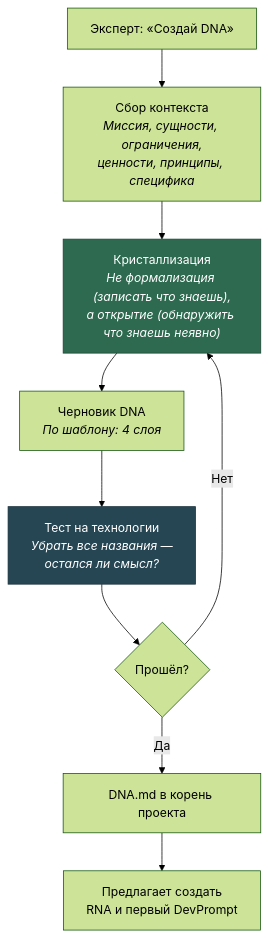
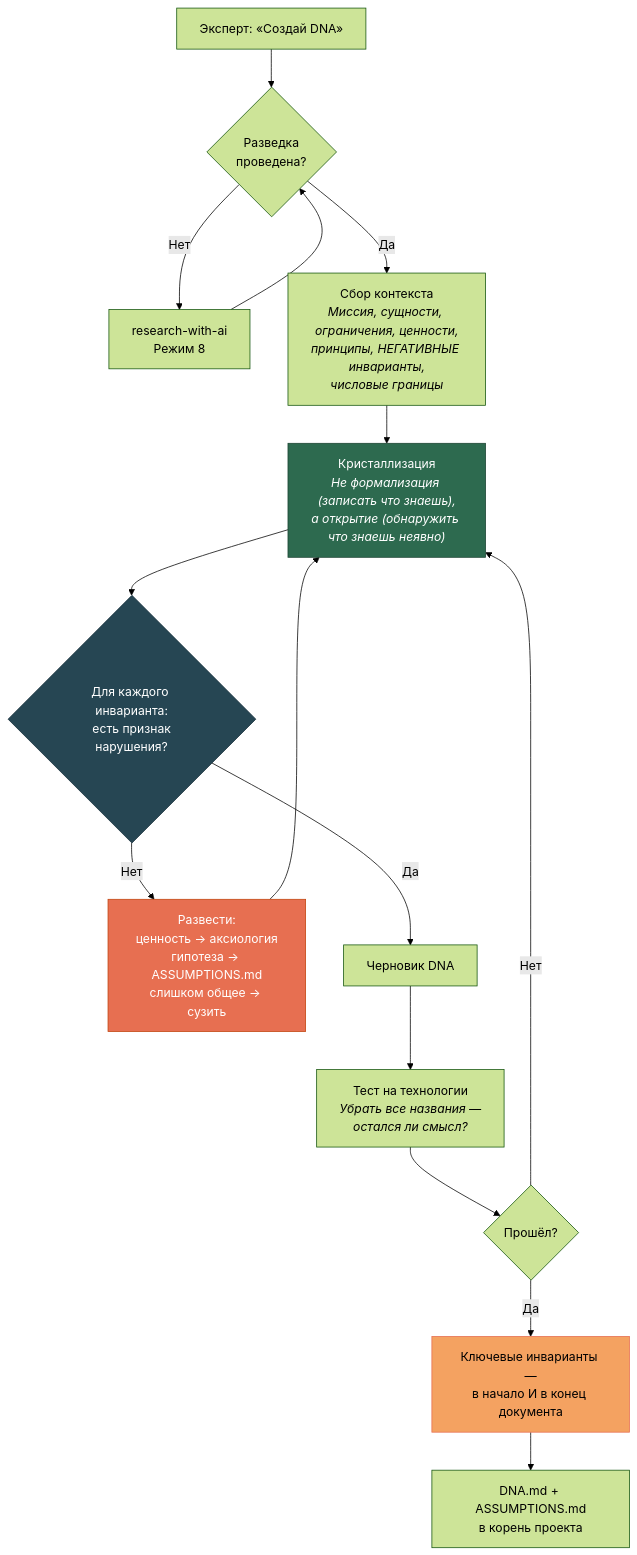
The second of 8 diagrams in docs/modes-ru.md (SizovOleg/project-dna), drawn with Mermaid (forest theme) before and after one commit. The commit also changed other lines of this file and 9 other files, not shown here.

````diff
--- a/docs/modes-ru.md
+++ b/docs/modes-ru.md
@@ -42,21 +66,29 @@
 ```mermaid
 flowchart TD
     START["Эксперт: «Создай DNA»"]
-    
-    START --> GATHER["Сбор контекста<br/><i>Миссия, сущности, ограничения,<br/>ценности, принципы, специфика</i>"]
-    
+
+    START --> GATE{"Разведка<br/>проведена?"}
+    GATE -->|"Нет"| SCOUT["research-with-ai<br/>Режим 8"]
+    SCOUT --> GATE
+    GATE -->|"Да"| GATHER["Сбор контекста<br/><i>Миссия, сущности, ограничения, ценности,<br/>принципы, НЕГАТИВНЫЕ инварианты,<br/>числовые границы</i>"]
+
     GATHER --> CRYSTAL["Кристаллизация<br/><i>Не формализация (записать что знаешь),<br/>а открытие (обнаружить что знаешь неявно)</i>"]
-    
-    CRYSTAL --> DRAFT["Черновик DNA<br/><i>По шаблону: 4 слоя</i>"]
-    
+
+    CRYSTAL --> SIGN{"Для каждого инварианта:<br/>есть признак<br/>нарушения?"}
+    SIGN -->|"Нет"| SPLIT["Развести:<br/>ценность → аксиология<br/>гипотеза → ASSUMPTIONS.md<br/>слишком общее → сузить"]
+    SPLIT --> CRYSTAL
+    SIGN -->|"Да"| DRAFT["Черновик DNA"]
+
     DRAFT --> TEST["Тест на технологии<br/><i>Убрать все названия —<br/>остался ли смысл?</i>"]
-    
+
     TEST --> Q{"Прошёл?"}
-    Q -->|Да| SAVE["DNA.md в корень проекта"]
-    Q -->|Нет| CRYSTAL
-    
-    SAVE --> OFFER["Предлагает создать<br/>RNA и первый DevPrompt"]
+    Q -->|"Да"| PLACE["Ключевые инварианты —<br/>в начало И в конец документа"]
+    Q -->|"Нет"| CRYSTAL
+
+    PLACE --> SAVE["DNA.md + ASSUMPTIONS.md<br/>в корень проекта"]
 
     style CRYSTAL fill:#2d6a4f,stroke:#1b4332,color:#fff
-    style TEST fill:#264653,stroke:#1a323d,color:#fff
+    style SIGN fill:#264653,stroke:#1a323d,color:#fff
+    style SPLIT fill:#e76f51,stroke:#c1440e,color:#fff
+    style PLACE fill:#f4a261,stroke:#e76f51,color:#000
 ```
````
